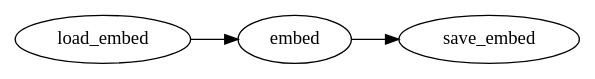
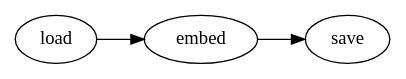
One commit to LBONTEN/Analysis-ML2Grow changed the diagram in dag-tasks/embed.dot. Above: the diagram before and after it, drawn with Graphviz. The commit also changed 10 other files, not shown here.

```diff
--- a/dag-tasks/embed.dot
+++ b/dag-tasks/embed.dot
@@ -1,6 +1,6 @@
 digraph {
     rankdir=LR
     
-    load_embed -> embed
-    embed -> save_embed
+    load -> embed
+    embed -> save
 }
```
